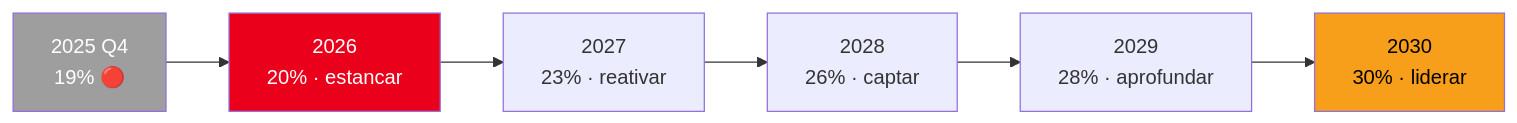
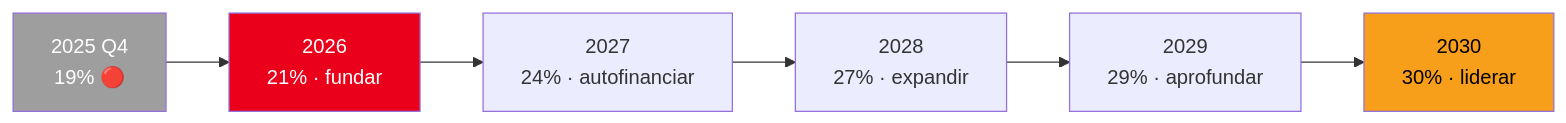
One commit to guihassen/Mastercaras changed the first of 4 diagrams in docs/plano-de-acao-5-anos.md. Above: the diagram before and after it, drawn with Mermaid. The commit also changed other lines of this file, not shown here.

````diff
--- a/docs/plano-de-acao-5-anos.md
+++ b/docs/plano-de-acao-5-anos.md
@@ -30,11 +31,11 @@
 ```mermaid
 flowchart LR
-    Y0["2025 Q4<br/>19% 🔴"] --> Y1["2026<br/>20% · estancar"]
-    Y1 --> Y2["2027<br/>23% · reativar"]
-    Y2 --> Y3["2028<br/>26% · captar"]
-    Y3 --> Y4["2029<br/>28% · aprofundar"]
+    Y0["2025 Q4<br/>19% 🔴"] --> Y1["2026<br/>21% · fundar"]
+    Y1 --> Y2["2027<br/>24% · autofinanciar"]
+    Y2 --> Y3["2028<br/>27% · expandir"]
+    Y3 --> Y4["2029<br/>29% · aprofundar"]
     Y4 --> Y5["2030<br/>30% · liderar"]
     style Y0 fill:#9E9E9E,color:#fff
     style Y1 fill:#EB001B,color:#fff
     style Y5 fill:#F79E1B,color:#000
 ```
````
